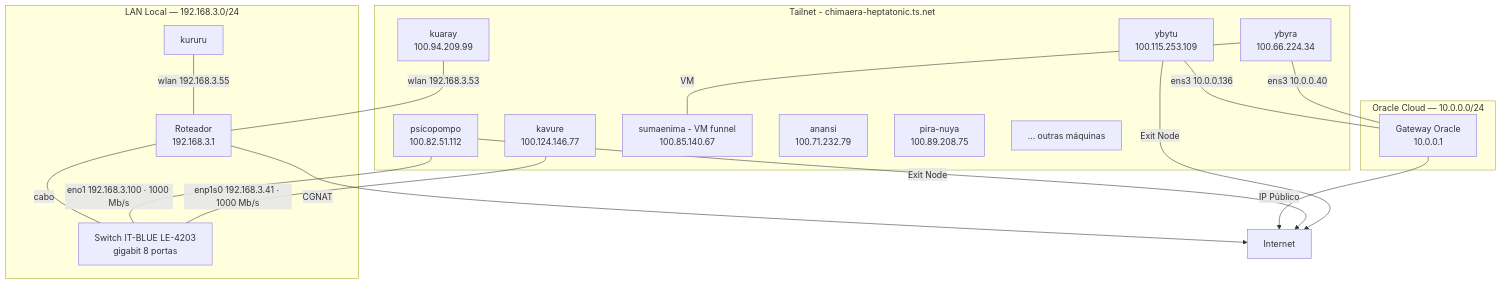
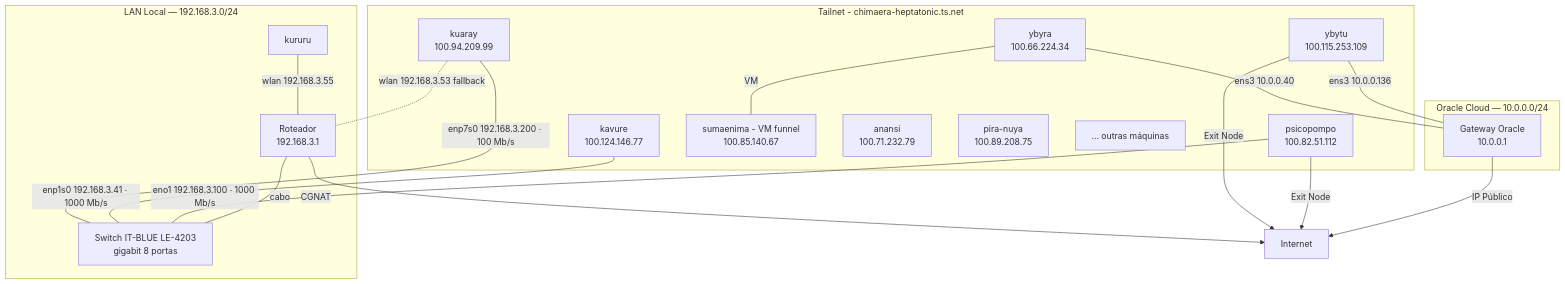
The diagram in network/topology.md (ceduardorodrig/MNEMOCINE), drawn with Mermaid before and after one commit. The commit also changed other lines of this file and 7 other files, not shown here.

````diff
--- a/network/topology.md
+++ b/network/topology.md
@@ -24,38 +24,39 @@
 ```mermaid
 graph TB
     internet[Internet]
 
     subgraph tailnet[Tailnet - chimaera-heptatonic.ts.net]
         psicopompo[psicopompo<br>100.82.51.112]
         kuaray[kuaray<br>100.94.209.99]
         ybytu[ybytu<br>100.115.253.109]
         ybyra[ybyra<br>100.66.224.34]
         kavure[kavure<br>100.124.146.77]
         sumaenima[sumaenima - VM funnel<br>100.85.140.67]
         anansi[anansi<br>100.71.232.79]
         pira_nuya[pira-nuya<br>100.89.208.75]
         outras[... outras máquinas]
     end
 
     subgraph lan[LAN Local — 192.168.3.0/24]
         roteador[Roteador<br>192.168.3.1]
         switch[Switch IT-BLUE LE-4203<br>gigabit 8 portas]
         roteador ---|cabo| switch
         psicopompo ---|eno1 192.168.3.100 · 1000 Mb/s| switch
         kavure ---|enp1s0 192.168.3.41 · 1000 Mb/s| switch
-        kuaray ---|wlan 192.168.3.53| roteador
+        kuaray ---|enp7s0 192.168.3.200 · 100 Mb/s| switch
+        kuaray -.-|wlan 192.168.3.53 fallback| roteador
         kururu ---|wlan 192.168.3.55| roteador
     end
 
     subgraph oracle[Oracle Cloud — 10.0.0.0/24]
         ybytu ---|ens3 10.0.0.136| oracle_gw[Gateway Oracle<br>10.0.0.1]
         ybyra ---|ens3 10.0.0.40| oracle_gw
         ybyra ---|VM| sumaenima
     end
 
     roteador -->|CGNAT| internet
     oracle_gw -->|IP Público| internet
 
     psicopompo -->|Exit Node| internet
     ybytu -->|Exit Node| internet
 ```
````
